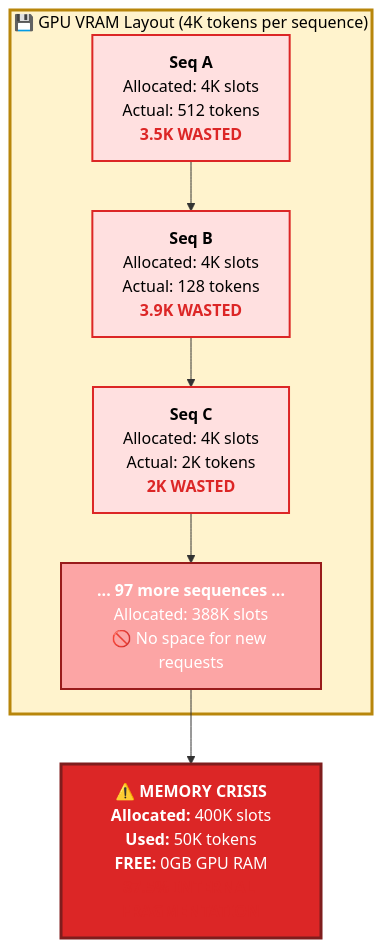
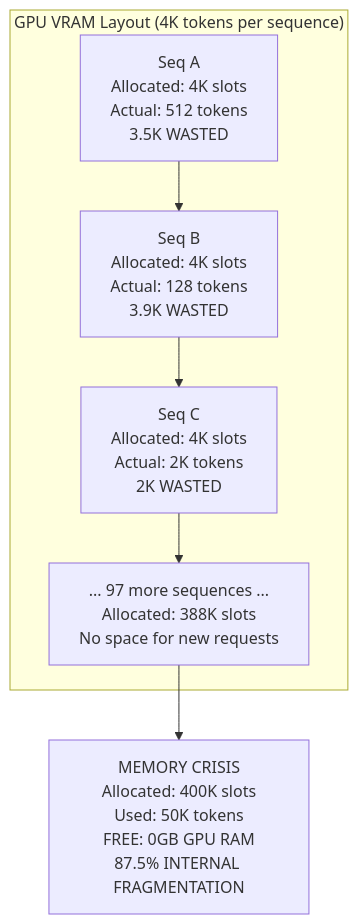
The second of 9 diagrams in lab0.3/README.md (Shahriarin2garden/vllm_from_scratch), drawn with Mermaid before and after one commit. The commit also changed other lines of this file, not shown here.

Commit message:
Refactor mermaid diagrams in Lab 0.3 README for improved readability and consistency

````diff
--- a/lab0.3/README.md
+++ b/lab0.3/README.md
@@ -148,20 +141,13 @@
 ```mermaid
 graph TD
-    subgraph VRAM["💾 GPU VRAM Layout (4K tokens per sequence)"]
-        A1["<b>Seq A</b><br/>Allocated: 4K slots<br/>Actual: 512 tokens<br/><b style='color:#dc2626'>3.5K WASTED</b>"]
-        A2["<b>Seq B</b><br/>Allocated: 4K slots<br/>Actual: 128 tokens<br/><b style='color:#dc2626'>3.9K WASTED</b>"]
-        A3["<b>Seq C</b><br/>Allocated: 4K slots<br/>Actual: 2K tokens<br/><b style='color:#dc2626'>2K WASTED</b>"]
-        A4["<b>... 97 more sequences ...</b><br/>Allocated: 388K slots<br/>🚫 No space for new requests"]
+    subgraph VRAM["GPU VRAM Layout (4K tokens per sequence)"]
+        A1["Seq A<br/>Allocated: 4K slots<br/>Actual: 512 tokens<br/>3.5K WASTED"]
+        A2["Seq B<br/>Allocated: 4K slots<br/>Actual: 128 tokens<br/>3.9K WASTED"]
+        A3["Seq C<br/>Allocated: 4K slots<br/>Actual: 2K tokens<br/>2K WASTED"]
+        A4["... 97 more sequences ...<br/>Allocated: 388K slots<br/>No space for new requests"]
     end
     
-    METRICS["<b style='font-size:16px'>⚠️ MEMORY CRISIS</b><br/><b>Allocated:</b> 400K slots<br/><b>Used:</b> 50K tokens<br/><b>FREE:</b> 0GB GPU RAM<br/><b style='color:#dc2626'>87.5% INTERNAL FRAGMENTATION</b>"]
+    METRICS["MEMORY CRISIS<br/>Allocated: 400K slots<br/>Used: 50K tokens<br/>FREE: 0GB GPU RAM<br/>87.5% INTERNAL FRAGMENTATION"]
     
     A1 --> A2 --> A3 --> A4 --> METRICS
-    
-    style VRAM fill:#fff3cd,stroke:#b8860b,stroke-width:3px,color:#000
-    style A1 fill:#ffe0e0,color:#000,stroke:#dc2626,stroke-width:2px
-    style A2 fill:#ffe0e0,color:#000,stroke:#dc2626,stroke-width:2px
-    style A3 fill:#ffe0e0,color:#000,stroke:#dc2626,stroke-width:2px
-    style A4 fill:#fca5a5,color:#fff,stroke:#991b1b,stroke-width:2px
-    style METRICS fill:#dc2626,color:#fff,stroke:#7f1d1d,stroke-width:3px
 ```
````
